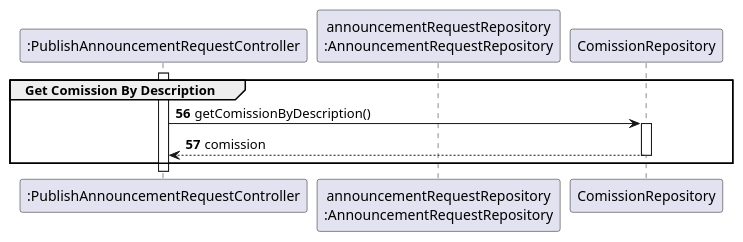
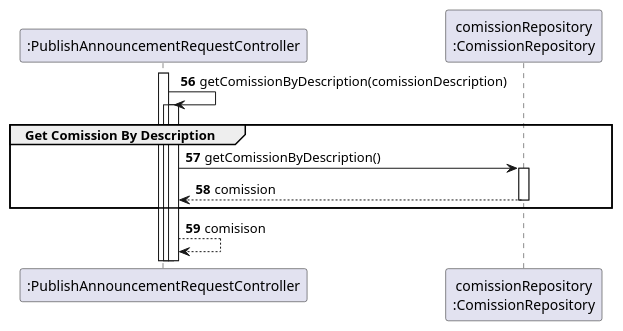
Before and after one commit to PureNimble/ISEP-LAPR2: the diagram in docs/sprintC/US08/03.design/puml/us08-partial-diagram-getComission.puml, drawn with PlantUML. The commit also changed 9 other files, not shown here.

First line of the commit message:
Us08- updating the class Diagram refering to the dtos and updating the some of the partial sd and the full one

```diff
--- a/docs/sprintC/US08/03.design/puml/us08-partial-diagram-getComission.puml
+++ b/docs/sprintC/US08/03.design/puml/us08-partial-diagram-getComission.puml
@@ -1,19 +1,28 @@
 @startuml
 'https://plantuml.com/sequence-diagram
 
 participant ":PublishAnnouncementRequestController" as PublishAnnouncementRequestController
-participant "announcementRequestRepository\n:AnnouncementRequestRepository" as AnnouncementRequestRepository
+participant "comissionRepository\n:ComissionRepository" as ComissionRepository
 
 autonumber 56
 
+activate PublishAnnouncementRequestController
+PublishAnnouncementRequestController -> PublishAnnouncementRequestController:getComissionByDescription(comissionDescription)
+
+
 Group Get Comission By Description
+
+activate PublishAnnouncementRequestController
 
 activate PublishAnnouncementRequestController
 
 PublishAnnouncementRequestController -> ComissionRepository:getComissionByDescription()
 activate ComissionRepository
 
 PublishAnnouncementRequestController <-- ComissionRepository:comission
 deactivate ComissionRepository
+
 end
+PublishAnnouncementRequestController --> PublishAnnouncementRequestController:comisison
+
 @enduml
```
